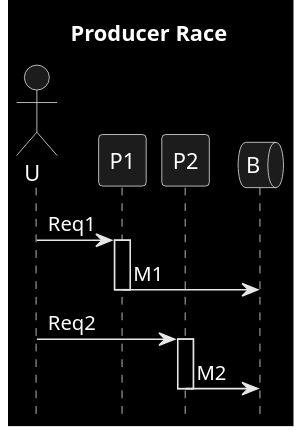
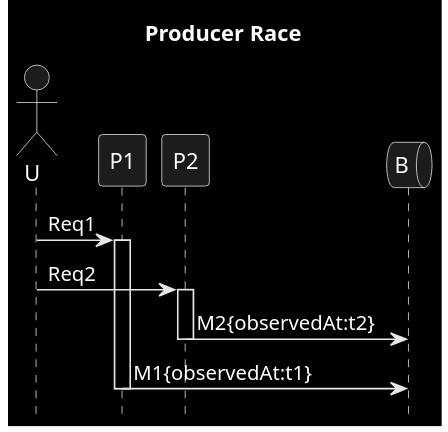
One commit to victorrentea/kafka changed the diagram in patterns/2b_out_of_order_p.puml. Above: the diagram before and after it, drawn with PlantUML. The commit also changed 14 other files, not shown here.

```diff
--- a/patterns/2b_out_of_order_p.puml
+++ b/patterns/2b_out_of_order_p.puml
@@ -1,17 +1,17 @@
 @startuml
 title Producer Race
 hide footbox
 skinparam monochrome reverse
 queue B order 9
 actor U
 
 U->P1: Req1
 activate P1
-P1->B: M1
-deactivate P1
 U->P2: Req2
 activate P2
-P2->B: M2
+P2->B: M2{observedAt:t2}
 deactivate P2
+P1->B: M1{observedAt:t1}
+deactivate P1
 
 @enduml
```
